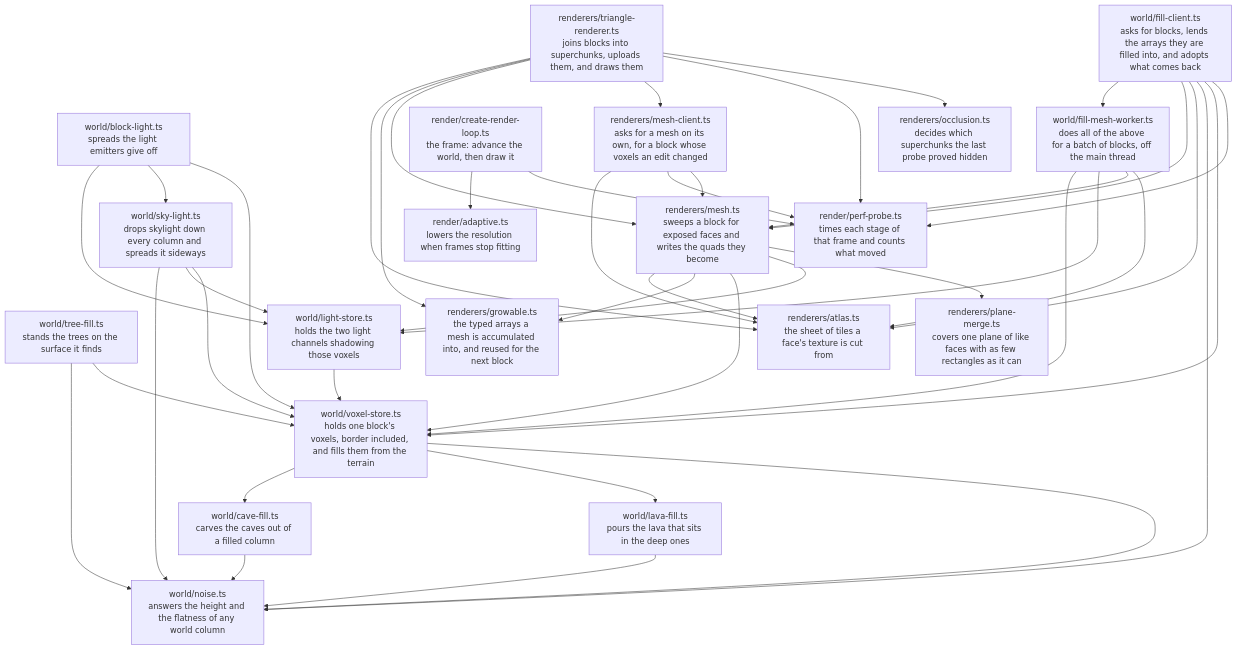
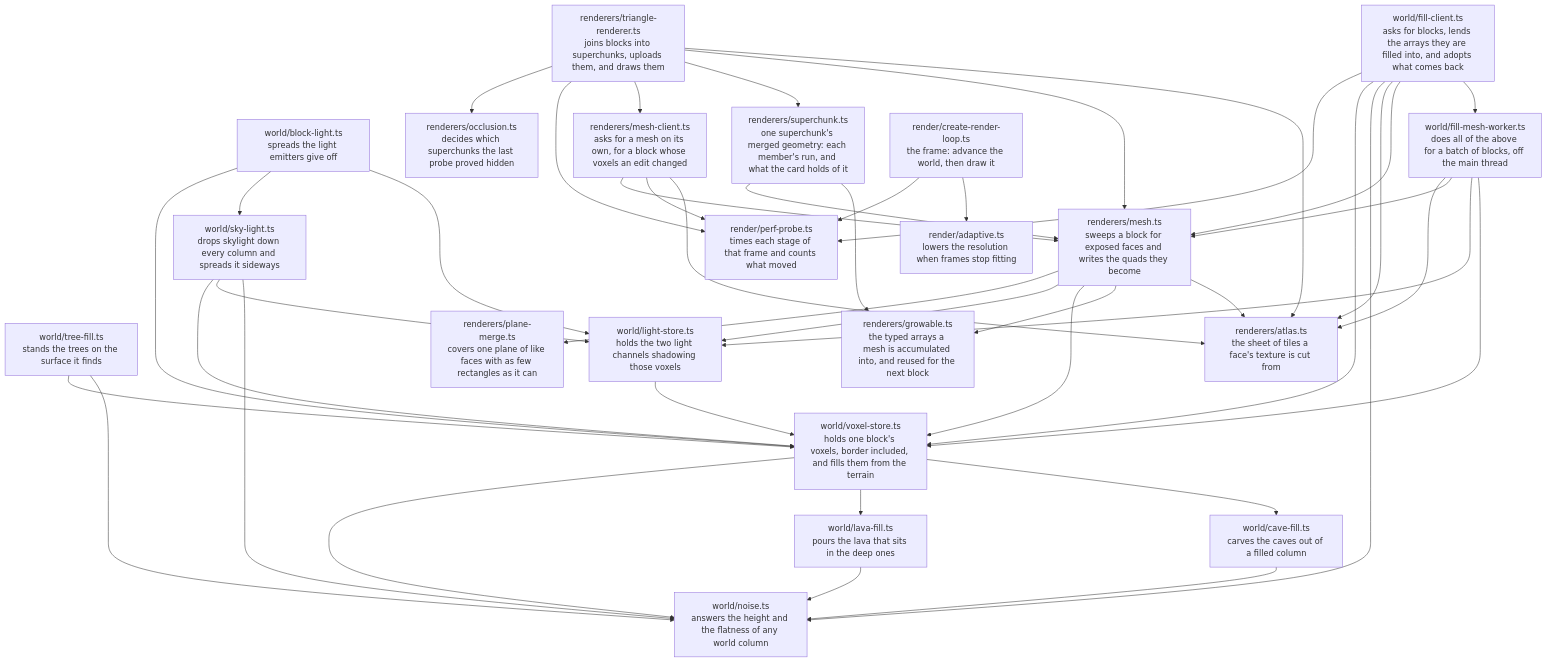
Before and after one commit to clinuxrulz/big-mesh-studios: the diagram in apps/voxelscape/docs/voxel-rendering.md, drawn with Mermaid. The commit also changed other lines of this file and 9 other files, not shown here.

````diff
--- a/apps/voxelscape/docs/voxel-rendering.md
+++ b/apps/voxelscape/docs/voxel-rendering.md
@@ -8,63 +8,66 @@
 ```mermaid
 graph TD
   world_noise["world/noise.ts<br/>answers the height and the flatness of any world column"]
   world_voxel_store["world/voxel-store.ts<br/>holds one block's voxels, border included, and fills them from the terrain"]
   world_cave_fill["world/cave-fill.ts<br/>carves the caves out of a filled column"]
   world_lava_fill["world/lava-fill.ts<br/>pours the lava that sits in the deep ones"]
   world_tree_fill["world/tree-fill.ts<br/>stands the trees on the surface it finds"]
   world_light_store["world/light-store.ts<br/>holds the two light channels shadowing those voxels"]
   world_sky_light["world/sky-light.ts<br/>drops skylight down every column and spreads it sideways"]
   world_block_light["world/block-light.ts<br/>spreads the light emitters give off"]
   renderers_plane_merge["renderers/plane-merge.ts<br/>covers one plane of like faces with as few rectangles as it can"]
+  renderers_superchunk["renderers/superchunk.ts<br/>one superchunk's merged geometry: each member's run, and what the card holds of it"]
   renderers_mesh["renderers/mesh.ts<br/>sweeps a block for exposed faces and writes the quads they become"]
   renderers_growable["renderers/growable.ts<br/>the typed arrays a mesh is accumulated into, and reused for the next block"]
   world_fill_mesh_worker["world/fill-mesh-worker.ts<br/>does all of the above for a batch of blocks, off the main thread"]
   world_fill_client["world/fill-client.ts<br/>asks for blocks, lends the arrays they are filled into, and adopts what comes back"]
   renderers_mesh_client["renderers/mesh-client.ts<br/>asks for a mesh on its own, for a block whose voxels an edit changed"]
   renderers_atlas["renderers/atlas.ts<br/>the sheet of tiles a face's texture is cut from"]
   renderers_triangle_renderer["renderers/triangle-renderer.ts<br/>joins blocks into superchunks, uploads them, and draws them"]
   renderers_occlusion["renderers/occlusion.ts<br/>decides which superchunks the last probe proved hidden"]
   render_create_render_loop["render/create-render-loop.ts<br/>the frame: advance the world, then draw it"]
   render_perf_probe["render/perf-probe.ts<br/>times each stage of that frame and counts what moved"]
   render_adaptive["render/adaptive.ts<br/>lowers the resolution when frames stop fitting"]
   world_voxel_store --> world_cave_fill
   world_voxel_store --> world_lava_fill
   world_voxel_store --> world_noise
   world_cave_fill --> world_noise
   world_lava_fill --> world_noise
   world_tree_fill --> world_noise
   world_tree_fill --> world_voxel_store
   world_light_store --> world_voxel_store
   world_sky_light --> world_noise
   world_sky_light --> world_light_store
   world_sky_light --> world_voxel_store
   world_block_light --> world_light_store
   world_block_light --> world_sky_light
   world_block_light --> world_voxel_store
+  renderers_superchunk --> renderers_growable
+  renderers_superchunk --> renderers_mesh
   renderers_mesh --> renderers_atlas
   renderers_mesh --> renderers_growable
   renderers_mesh --> world_voxel_store
   renderers_mesh --> world_light_store
   renderers_mesh --> renderers_plane_merge
   world_fill_mesh_worker --> world_voxel_store
   world_fill_mesh_worker --> world_light_store
   world_fill_mesh_worker --> renderers_mesh
   world_fill_mesh_worker --> renderers_atlas
   world_fill_client --> world_fill_mesh_worker
   world_fill_client --> renderers_mesh
   world_fill_client --> renderers_atlas
   world_fill_client --> world_noise
   world_fill_client --> world_voxel_store
   world_fill_client --> render_perf_probe
   renderers_mesh_client --> renderers_atlas
   renderers_mesh_client --> render_perf_probe
   renderers_mesh_client --> renderers_mesh
   renderers_triangle_renderer --> renderers_atlas
-  renderers_triangle_renderer --> renderers_growable
   renderers_triangle_renderer --> renderers_mesh
+  renderers_triangle_renderer --> renderers_superchunk
   renderers_triangle_renderer --> renderers_mesh_client
   renderers_triangle_renderer --> render_perf_probe
   renderers_triangle_renderer --> renderers_occlusion
   render_create_render_loop --> render_adaptive
   render_create_render_loop --> render_perf_probe
 ```
````
